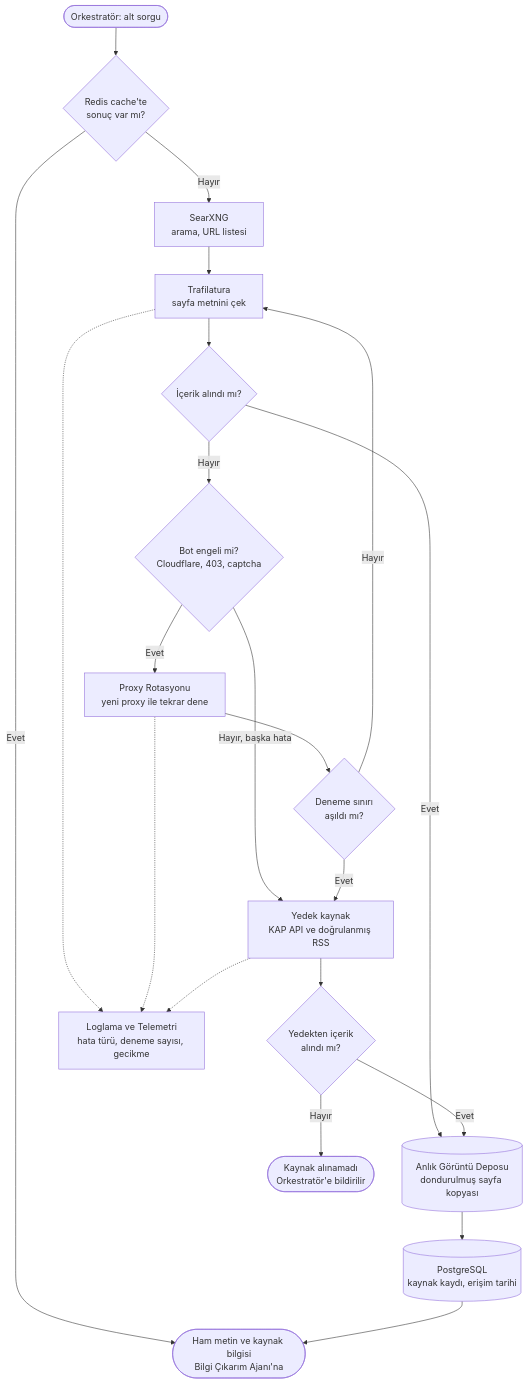
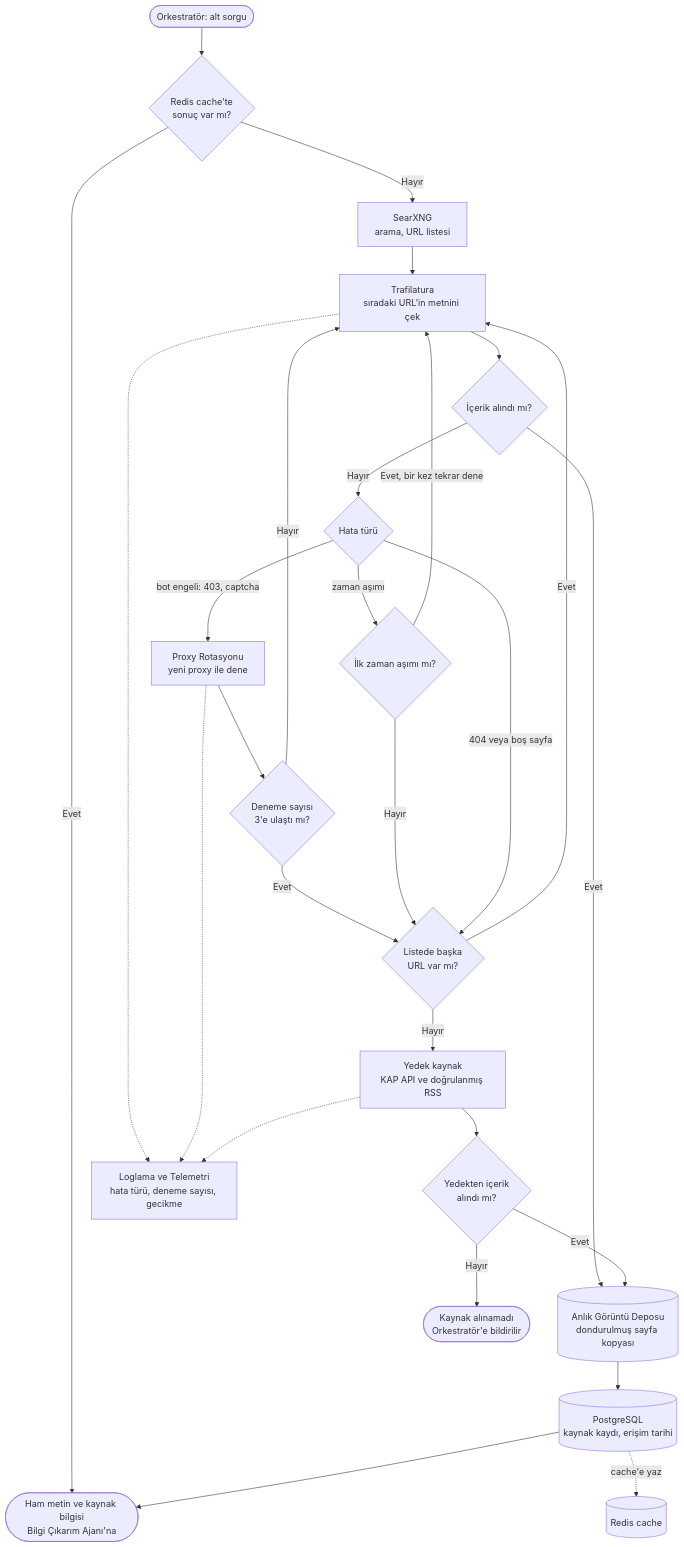
The second of 3 diagrams in docs/03-flows.md (eemreus/Multi-Agent-ve-GraphRAG-Tabanl-Otonom-Finansal-stihbarat-Platformu), drawn with Mermaid before and after one commit. The commit also changed other lines of this file, not shown here.

Commit message:
docs: Akış 2 hata yolları ve Akış 4 atıf doğrulama diyagramı

````diff
--- a/docs/03-flows.md
+++ b/docs/03-flows.md
@@ -47,27 +47,34 @@
 ```mermaid
 flowchart TD
     IN(["Orkestratör: alt sorgu"]) --> CACHE{"Redis cache'te<br/>sonuç var mı?"}
     CACHE -->|Evet| OUT
     CACHE -->|Hayır| SX["SearXNG<br/>arama, URL listesi"]
-    SX --> TF["Trafilatura<br/>sayfa metnini çek"]
+    SX --> TF["Trafilatura<br/>sıradaki URL'in metnini çek"]
     TF --> OK{"İçerik alındı mı?"}
 
     OK -->|Evet| SNAP[("Anlık Görüntü Deposu<br/>dondurulmuş sayfa kopyası")]
     SNAP --> PG[("PostgreSQL<br/>kaynak kaydı, erişim tarihi")]
     PG --> OUT(["Ham metin ve kaynak bilgisi<br/>Bilgi Çıkarım Ajanı'na"])
+    PG -.->|cache'e yaz| RED[("Redis cache")]
 
-    OK -->|Hayır| BOT{"Bot engeli mi?<br/>Cloudflare, 403, captcha"}
-    BOT -->|Hayır, başka hata| FB
-    BOT -->|Evet| PRX["Proxy Rotasyonu<br/>yeni proxy ile tekrar dene"]
-    PRX --> RETRY{"Deneme sınırı<br/>aşıldı mı?"}
+    OK -->|Hayır| ERR{"Hata türü"}
+    ERR -->|bot engeli: 403, captcha| PRX["Proxy Rotasyonu<br/>yeni proxy ile dene"]
+    PRX --> RETRY{"Deneme sayısı<br/>3'e ulaştı mı?"}
     RETRY -->|Hayır| TF
-    RETRY -->|Evet| FB["Yedek kaynak<br/>KAP API ve doğrulanmış RSS"]
+    RETRY -->|Evet| MORE
+    ERR -->|zaman aşımı| TO{"İlk zaman aşımı mı?"}
+    TO -->|Evet, bir kez tekrar dene| TF
+    TO -->|Hayır| MORE
+    ERR -->|404 veya boş sayfa| MORE
 
+    MORE{"Listede başka<br/>URL var mı?"}
+    MORE -->|Evet| TF
+    MORE -->|Hayır| FB["Yedek kaynak<br/>KAP API ve doğrulanmış RSS"]
     FB --> FOK{"Yedekten içerik<br/>alındı mı?"}
     FOK -->|Evet| SNAP
     FOK -->|Hayır| FAIL(["Kaynak alınamadı<br/>Orkestratör'e bildirilir"])
 
     TF -.-> LOG["Loglama ve Telemetri<br/>hata türü, deneme sayısı, gecikme"]
     PRX -.-> LOG
     FB -.-> LOG
 ```
````
